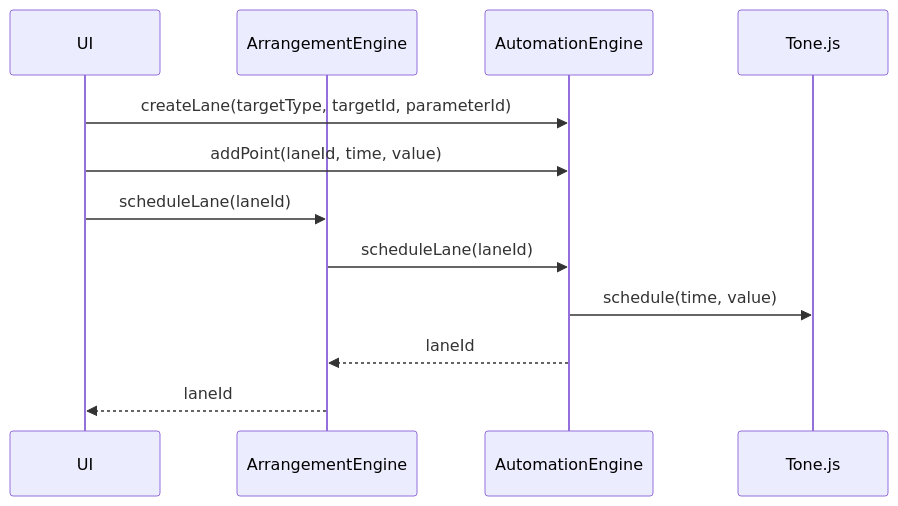
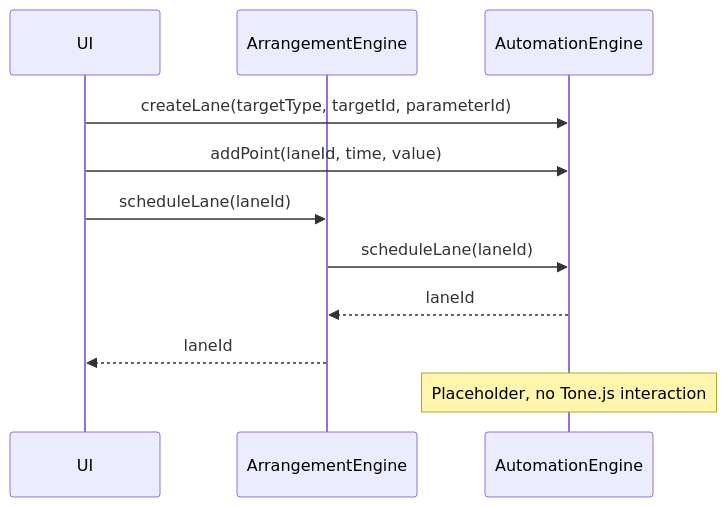
The fourth of 9 diagrams in README.md (yannmazita/daw.ts), drawn with Mermaid before and after one commit. The commit also changed other lines of this file, not shown here.

````diff
--- a/README.md
+++ b/README.md
@@ -140,14 +256,14 @@
 ```mermaid
 sequenceDiagram
     participant UI
     participant ArrangementEngine
     participant AutomationEngine
 
     UI->>AutomationEngine: createLane(targetType, targetId, parameterId)
     UI->>AutomationEngine: addPoint(laneId, time, value)
     UI->>ArrangementEngine: scheduleLane(laneId)
     ArrangementEngine->>AutomationEngine: scheduleLane(laneId)
-    AutomationEngine->>Tone.js: schedule(time, value)
     AutomationEngine-->>ArrangementEngine: laneId
     ArrangementEngine-->>UI: laneId
+    Note over AutomationEngine: Placeholder, no Tone.js interaction
 ```
````
